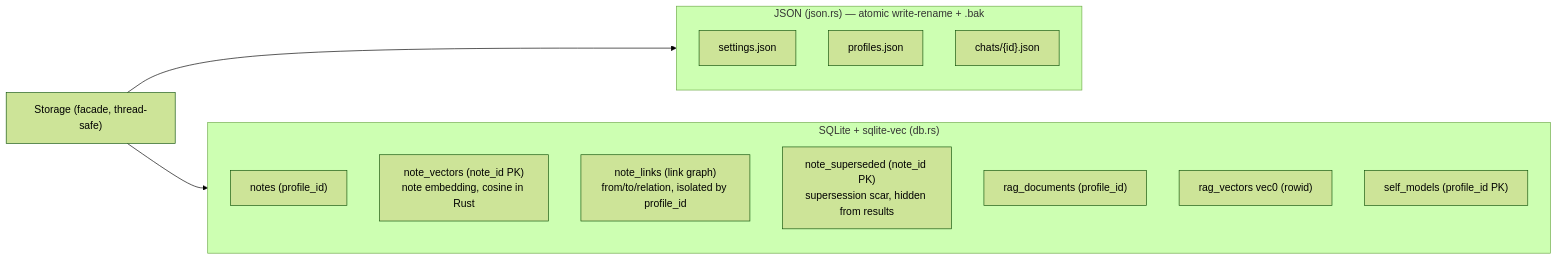
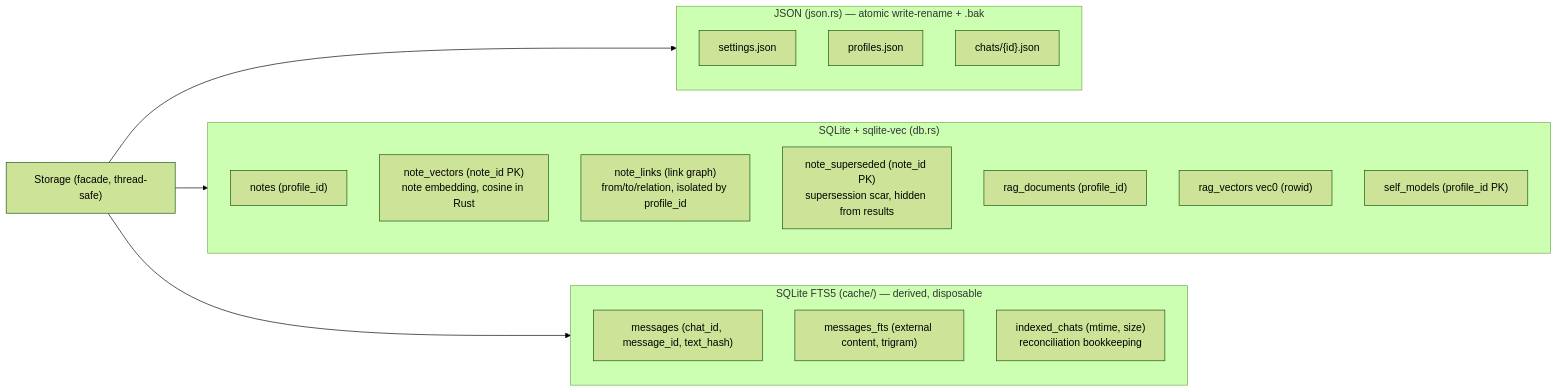
Before and after one commit to vshylov/mindfork-rs: the ninth of 17 diagrams in docs/architecture.md, drawn with Mermaid (forest theme). The commit also changed other lines of this file and 5 other files, not shown here.

First line of the commit message:
docs: chat content search, stage 1

````diff
--- a/docs/architecture.md
+++ b/docs/architecture.md
@@ -910,20 +929,26 @@
 ```mermaid
 flowchart LR
     STORE["Storage (facade, thread-safe)"]
     subgraph JSON["JSON (json.rs) — atomic write-rename + .bak"]
         SET["settings.json"]
         PRO["profiles.json"]
         CHATS["chats/{id}.json"]
     end
     subgraph DB["SQLite + sqlite-vec (db.rs)"]
         NOTES["notes (profile_id)"]
         NV["note_vectors (note_id PK)<br/>note embedding, cosine in Rust"]
         NL["note_links (link graph)<br/>from/to/relation, isolated by profile_id"]
         NSUP["note_superseded (note_id PK)<br/>supersession scar, hidden from results"]
         RAGD["rag_documents (profile_id)"]
         VEC["rag_vectors vec0 (rowid)"]
         SELF["self_models (profile_id PK)"]
     end
+    subgraph CACHE["SQLite FTS5 (cache/) — derived, disposable"]
+        MSG["messages (chat_id, message_id, text_hash)"]
+        FTS["messages_fts (external content, trigram)"]
+        IC["indexed_chats (mtime, size)<br/>reconciliation bookkeeping"]
+    end
     STORE --> JSON
     STORE --> DB
+    STORE --> CACHE
 ```
````
